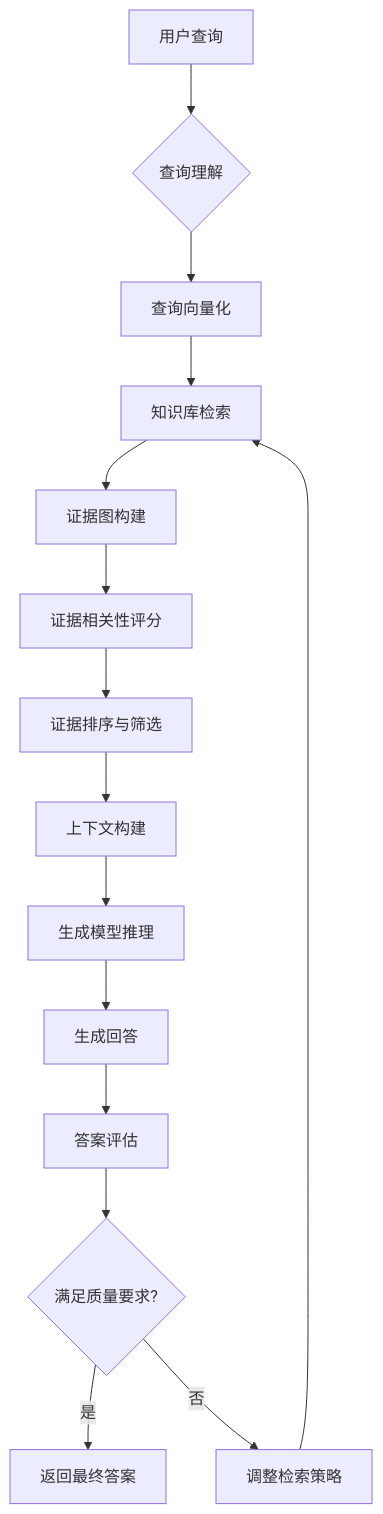
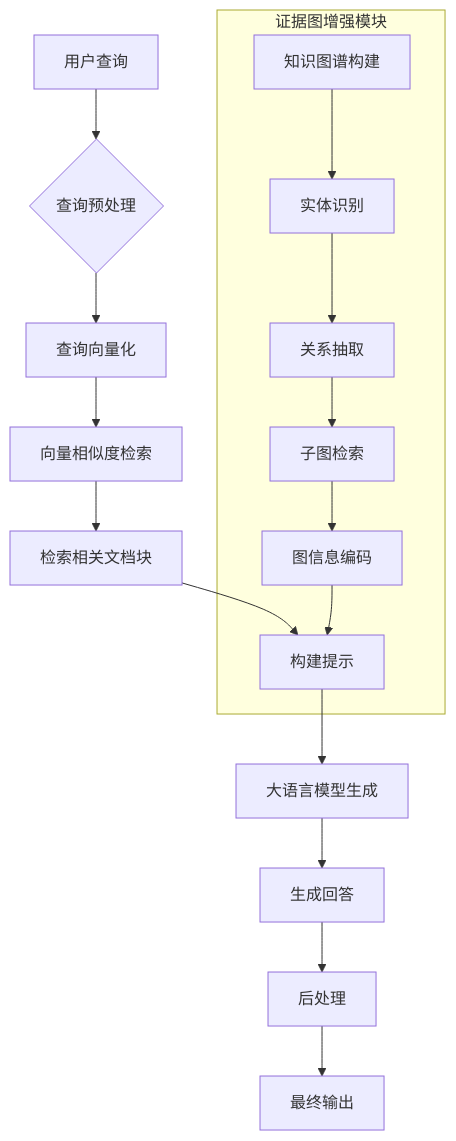
The diagram in output/progress/以证据图增强的rag系统_ada191f4/02_background.md (valkryhx/patent_agents), drawn with Mermaid before and after one commit. The commit also changed other lines of this file and 3 other files, not shown here.

````diff
--- a/output/progress/以证据图增强的rag系统_ada191f4/02_background.md
+++ b/output/progress/以证据图增强的rag系统_ada191f4/02_background.md
@@ -49,17 +48,20 @@
 ```mermaid
 graph TD
-    A[用户查询] --> B{查询理解}
+    A[用户查询] --> B{查询预处理}
     B --> C[查询向量化]
-    C --> D[知识库检索]
-    D --> E[证据图构建]
-    E --> F[证据相关性评分]
-    F --> G[证据排序与筛选]
-    G --> H[上下文构建]
-    H --> I[生成模型推理]
-    I --> J[生成回答]
-    J --> K[答案评估]
-    K --> L{满足质量要求?}
-    L -->|是| M[返回最终答案]
-    L -->|否| N[调整检索策略]
-    N --> D
+    C --> D[向量相似度检索]
+    D --> E[检索相关文档块]
+    E --> F[构建提示]
+    F --> G[大语言模型生成]
+    G --> H[生成回答]
+    H --> I[后处理]
+    I --> J[最终输出]
+    
+    subgraph 证据图增强模块
+        K[知识图谱构建] --> L[实体识别]
+        L --> M[关系抽取]
+        M --> N[子图检索]
+        N --> O[图信息编码]
+        O --> F
+    end
 ```
````
